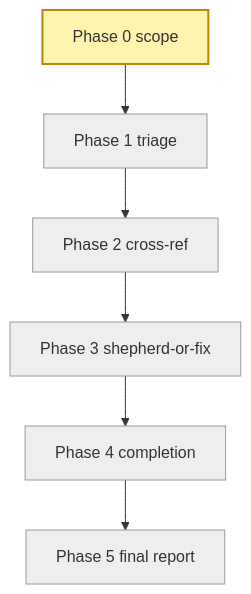
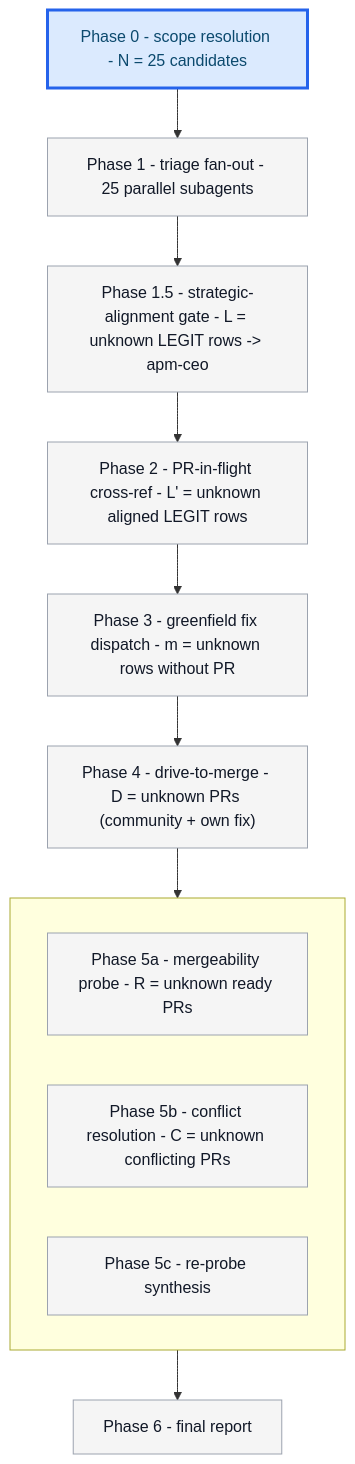
One commit to microsoft/apm changed the first of 8 diagrams in packages/batch-bug-shepherd/.apm/skills/batch-bug-shepherd/evals/fixtures/sweep-bug-queue.with_skill.md. Above: the diagram before and after it, drawn with Mermaid. The commit also changed other lines of this file and 112 other files, not shown here.

````diff
--- a/packages/batch-bug-shepherd/.apm/skills/batch-bug-shepherd/evals/fixtures/sweep-bug-queue.with_skill.md
+++ b/packages/batch-bug-shepherd/.apm/skills/batch-bug-shepherd/evals/fixtures/sweep-bug-queue.with_skill.md
@@ -13,15 +13,26 @@
 ```mermaid
 flowchart TB
-    P0[Phase 0 scope]:::active
-    P1[Phase 1 triage]:::pending
-    P2[Phase 2 cross-ref]:::pending
-    P3[Phase 3 shepherd-or-fix]:::pending
-    P4[Phase 4 completion]:::pending
-    P5[Phase 5 final report]:::pending
-    P0 --> P1 --> P2 --> P3 --> P4 --> P5
-    classDef pending fill:#eee,stroke:#999,color:#333
-    classDef active  fill:#fff3b0,stroke:#b8860b,color:#333,stroke-width:2px
-    classDef done    fill:#cfe8c9,stroke:#2e7d32,color:#1b5e20
-    classDef blocked fill:#f8c7c7,stroke:#b71c1c,color:#7f0000
-    classDef skipped fill:#f0f0f0,stroke:#bbb,color:#888,stroke-dasharray:3 3
+    P0["Phase 0 - scope resolution - N = 25 candidates"]:::active
+    P1["Phase 1 - triage fan-out - 25 parallel subagents"]:::pending
+    P15["Phase 1.5 - strategic-alignment gate - L = unknown LEGIT rows -> apm-ceo"]:::pending
+    P2["Phase 2 - PR-in-flight cross-ref - L' = unknown aligned LEGIT rows"]:::pending
+    P3["Phase 3 - greenfield fix dispatch - m = unknown rows without PR"]:::pending
+    P4["Phase 4 - drive-to-merge - D = unknown PRs (community + own fix)"]:::pending
+
+    subgraph WAVE4[" "]
+        direction LR
+        P5a["Phase 5a - mergeability probe - R = unknown ready PRs"]:::pending
+        P5b["Phase 5b - conflict resolution - C = unknown conflicting PRs"]:::pending
+        P5c["Phase 5c - re-probe synthesis"]:::pending
+    end
+
+    P6["Phase 6 - final report"]:::pending
+
+    P0 --> P1 --> P15 --> P2 --> P3 --> P4 --> WAVE4 --> P6
+
+    classDef pending fill:#f5f5f5,stroke:#9ca3af,stroke-width:1px,color:#111827
+    classDef active  fill:#dbeafe,stroke:#2563eb,stroke-width:3px,color:#0c4a6e
+    classDef done    fill:#dcfce7,stroke:#16a34a,stroke-width:1px,color:#14532d
+    classDef blocked fill:#fef3c7,stroke:#d97706,stroke-width:2px,color:#78350f
+    classDef skipped fill:#f3f4f6,stroke:#6b7280,stroke-width:1px,stroke-dasharray:4 2,color:#374151
 ```
````
